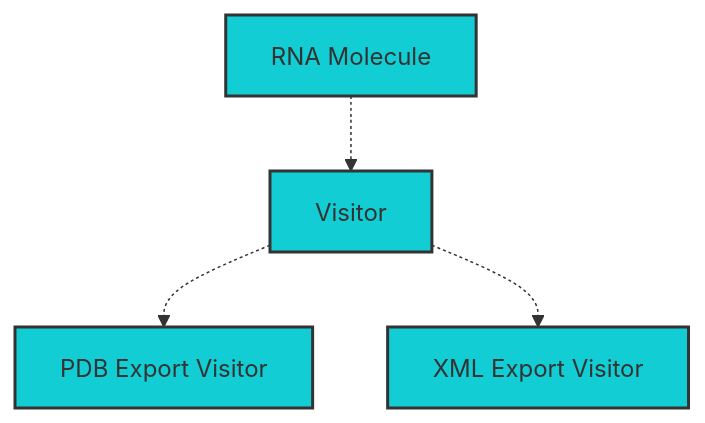
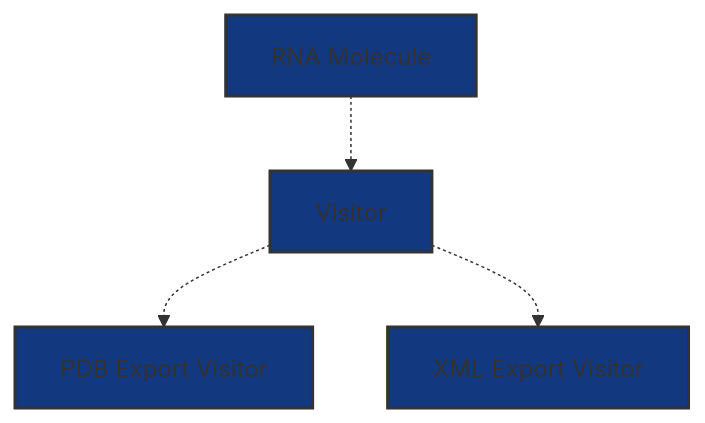
One commit to rna-oop/2425-m1-geniomhe-group-6 changed the diagram in lab3/README.md. Above: the diagram before and after it, drawn with Mermaid. The commit also changed other lines of this file, not shown here.

Commit message:
-- fixed tags :p

````diff
--- a/lab3/README.md
+++ b/lab3/README.md
@@ -856,10 +858,10 @@
 ```mermaid
 graph TD
     A[RNA Molecule] -.-> B[Visitor]
     B -.-> C[PDB Export Visitor]
     B -.-> D[XML Export Visitor]
-    style A fill:#12CDD4,stroke:#333,stroke-width:2px
-    style B fill:#12CDD4,stroke:#333,stroke-width:2px
-    style C fill:#12CDD4,stroke:#333,stroke-width:2px
-    style D fill:#12CDD4,stroke:#333,stroke-width:2px
+    style A fill:#12387F,stroke:#333,stroke-width:2px
+    style B fill:#12387F,stroke:#333,stroke-width:2px
+    style C fill:#12387F,stroke:#333,stroke-width:2px
+    style D fill:#12387F,stroke:#333,stroke-width:2px
 ```
````
